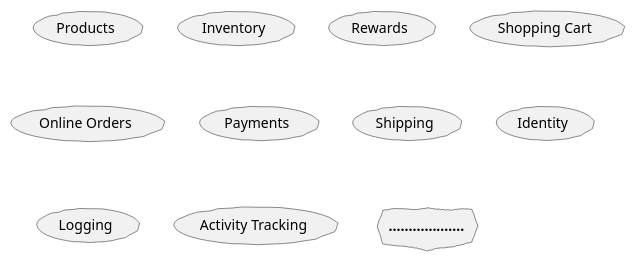
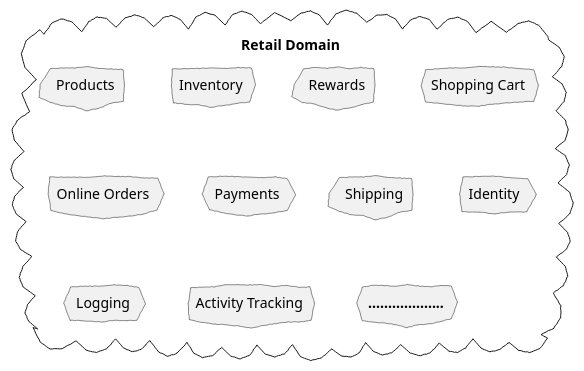
One commit to PacktPublishing/Domain-Driven-Design-with-Java-A-Practitioner-s-Guide changed the third of 4 diagrams in src/docs/asciidoc/chapters/01-ddd-rationale.adoc. Above: the diagram before and after it, drawn with PlantUML. The commit also changed other lines of this file and 9 other files, not shown here.

```diff
--- a/src/docs/asciidoc/chapters/01-ddd-rationale.adoc
+++ b/src/docs/asciidoc/chapters/01-ddd-rationale.adoc
@@ -162,17 +214,20 @@
 [plantuml,domains]
 ....
 @startuml
+skinparam monochrome true
 skinparam handwritten true
-usecase Products
-usecase Inventory
-usecase Rewards
-usecase "Shopping Cart"
-usecase "Online Orders"
-usecase Payments
-usecase Shipping
-usecase Identity
-usecase Logging
-usecase "Activity Tracking"
-cloud "<b>..................." as c2
+cloud "Retail Domain" {
+  cloud Products
+  cloud Inventory
+  cloud Rewards
+  cloud "Shopping Cart"
+  cloud "Online Orders"
+  cloud Payments
+  cloud Shipping
+  cloud Identity
+  cloud Logging
+  cloud "Activity Tracking"
+  cloud "<b>..................." as c2
+}
 @enduml
 ....
```
